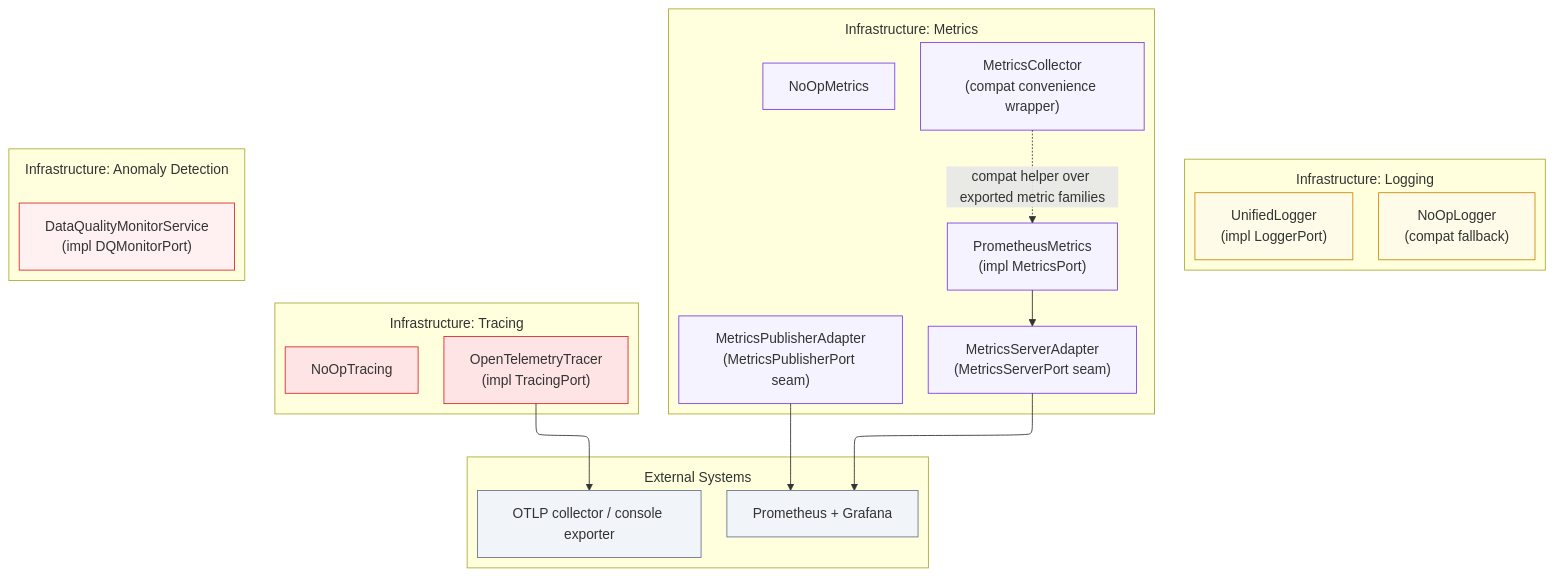
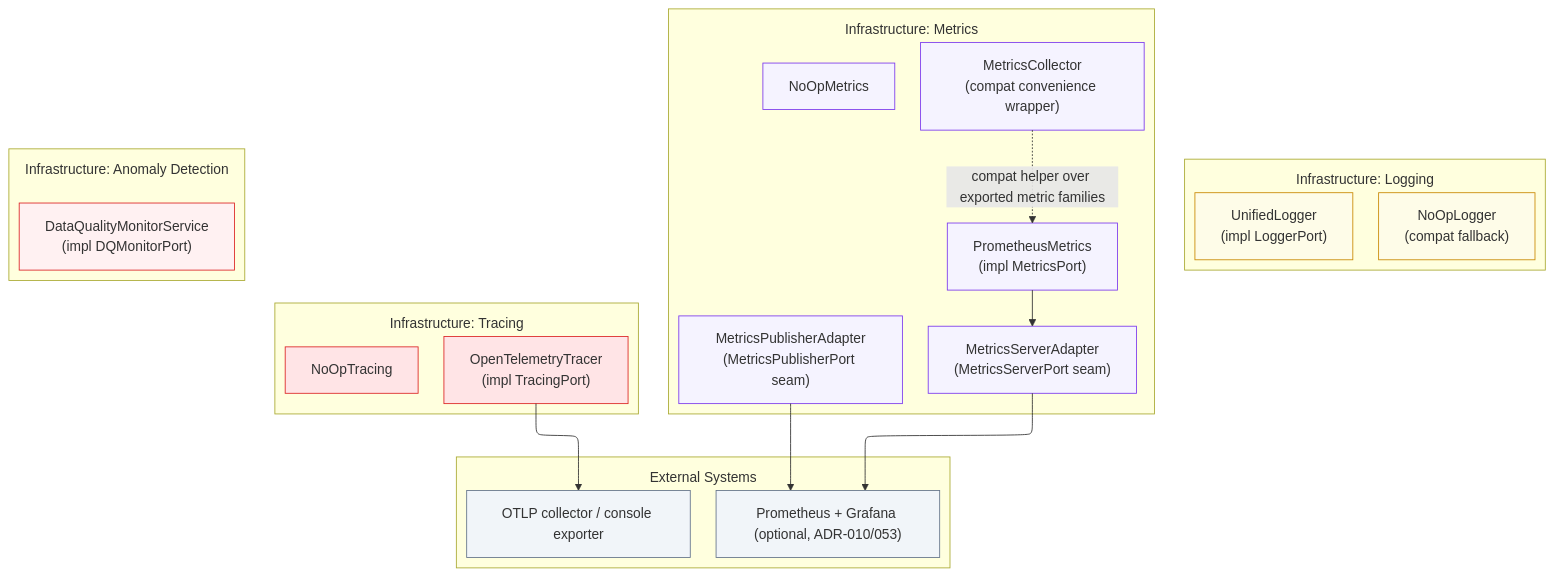
The diagram in docs/02-architecture/diagrams/architecture/09b-observability-infra.mmd (SatoryKono/BioactivityDataAcquisition), drawn with Mermaid before and after one commit. The commit also changed 19 other files, not shown here.

```diff
--- a/docs/02-architecture/diagrams/architecture/09b-observability-infra.mmd
+++ b/docs/02-architecture/diagrams/architecture/09b-observability-infra.mmd
@@ -1,68 +1,68 @@
 %% BioETL — Observability: Infrastructure Layer
 %% Infrastructure implementations: logging, metrics, tracing, anomaly detection, external systems.
 
 %% @version 1.1.0
 %% @date    2026-04-12
 %% @type    flowchart
 %% @level   System / Component
 %% @view    observability-infra
 %% @parent  09-observability-stack.mmd
 %% @nodes   12
 %%{init: {
   'flowchart': {
     'subGraphTitleMargin': { 'top': 12, 'bottom': 12 }
   },
   'layout': 'elk',
   'elk': {
     'mergeEdges': true,
     'nodePlacementStrategy': 'BRANDES_KOEPF',
     'edgeRouting': 'ORTHOGONAL'
   }
 }}%%
 graph TB
     subgraph InfraLogging["Infrastructure: Logging"]
         UL["UnifiedLogger<br/>(impl LoggerPort)"]:::size-sm
         NOL["NoOpLogger<br/>(compat fallback)"]:::size-sm
     end
 
     subgraph InfraMetrics["Infrastructure: Metrics"]
         PM["PrometheusMetrics<br/>(impl MetricsPort)"]:::size-sm
         MSA["MetricsServerAdapter<br/>(MetricsServerPort seam)"]:::size-sm
         MPA["MetricsPublisherAdapter<br/>(MetricsPublisherPort seam)"]:::size-sm
         MC["MetricsCollector<br/>(compat convenience wrapper)"]:::size-sm
         NOM["NoOpMetrics"]:::size-sm
     end
 
     subgraph InfraTracing["Infrastructure: Tracing"]
         OTT["OpenTelemetryTracer<br/>(impl TracingPort)"]:::size-sm
         NOT["NoOpTracing"]:::size-sm
     end
 
     subgraph InfraAnomaly["Infrastructure: Anomaly Detection"]
         DQM["DataQualityMonitorService<br/>(impl DQMonitorPort)"]:::size-sm
     end
 
     subgraph External["External Systems"]
-        PROM["Prometheus + Grafana"]:::size-sm
+        PROM["Prometheus + Grafana (optional, ADR-010/053)"]:::size-sm
         OTEL_COL["OTLP collector / console exporter"]:::size-sm
     end
 
     %% Metrics to external
     PM --> MSA --> PROM
     MPA --> PROM
     MC -.compat helper over exported metric families.-> PM
 
     %% Tracing to external
     OTT --> OTEL_COL
 
     classDef logging fill:#fefce8,stroke:#ca8a04
     classDef metrics fill:#f5f3ff,stroke:#7c3aed
     classDef tracing fill:#ffe4e6,stroke:#dc2626
     classDef anomaly fill:#fff1f2,stroke:#dc2626
     classDef ext fill:#f1f5f9,stroke:#64748b
 
     class UL,NOL logging
     class PM,MSA,MPA,MC,NOM metrics
     class OTT,NOT tracing
     class DQM anomaly
     class PROM,OTEL_COL ext
```
